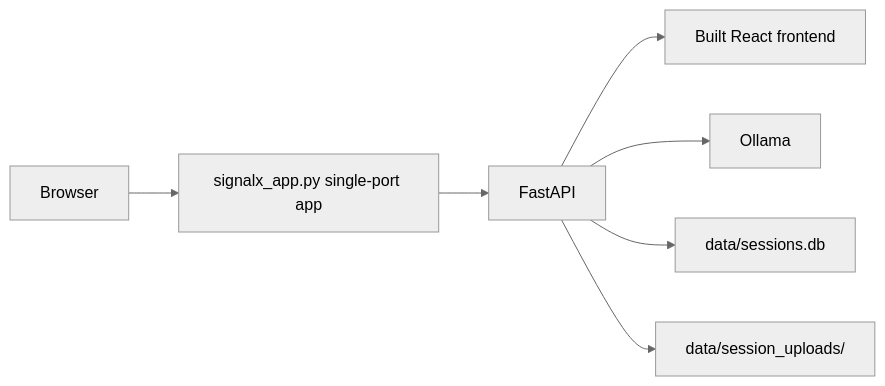
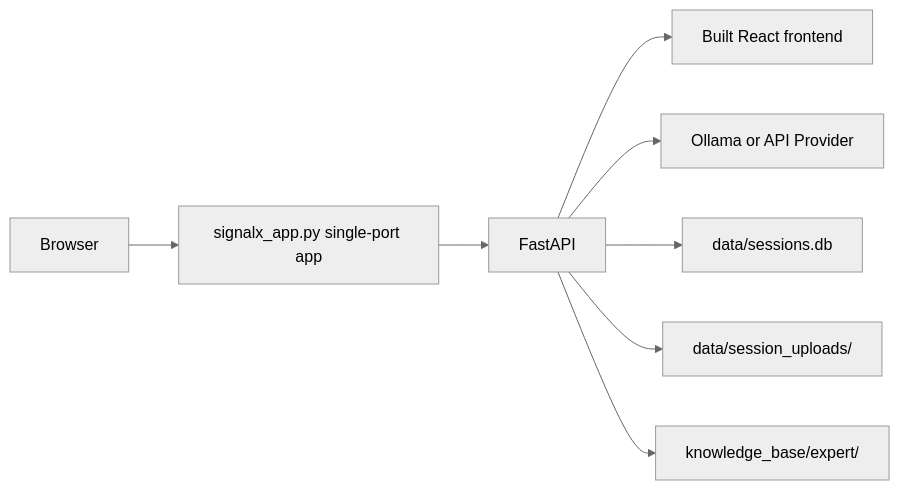
Before and after one commit to saimihirj/Sift: the second of 9 diagrams in docs/PLATFORM_OVERVIEW.md, drawn with Mermaid (neutral theme). The commit also changed other lines of this file and 3 other files, not shown here.

````diff
--- a/docs/PLATFORM_OVERVIEW.md
+++ b/docs/PLATFORM_OVERVIEW.md
@@ -143,9 +162,10 @@
 ```mermaid
 flowchart LR
     B["Browser"] --> APP["signalx_app.py single-port app"]
     APP --> FAST["FastAPI"]
     FAST --> DIST["Built React frontend"]
-    FAST --> OLL["Ollama"]
+    FAST --> MODEL["Ollama or API Provider"]
     FAST --> SQL["data/sessions.db"]
     FAST --> UPL["data/session_uploads/"]
+    FAST --> KB["knowledge_base/expert/"]
 ```
````
